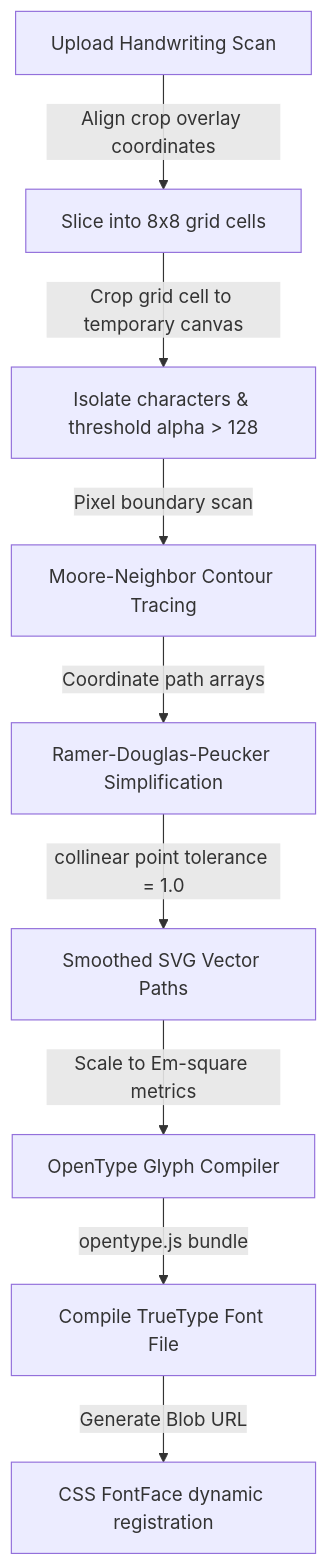
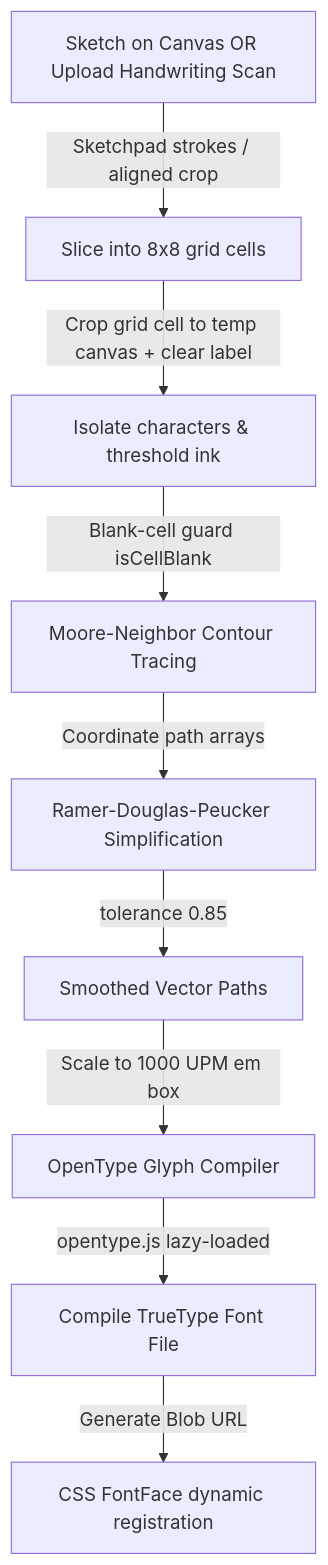
Before and after one commit to VIPHACKER100/Inkflow: the diagram in docs/custom-font-suite.md, drawn with Mermaid. The commit also changed other lines of this file and 18 other files, not shown here.

Commit message:
docs: add comprehensive project documentation covering architecture, configuration, and integration guides

````diff
--- a/docs/custom-font-suite.md
+++ b/docs/custom-font-suite.md
@@ -15,11 +19,11 @@
 ```mermaid
 flowchart TD
-    A[Upload Handwriting Scan] -->|Align crop overlay coordinates| B[Slice into 8x8 grid cells]
-    B -->|Crop grid cell to temporary canvas| C[Isolate characters & threshold alpha > 128]
-    C -->|Pixel boundary scan| D[Moore-Neighbor Contour Tracing]
+    A[Sketch on Canvas OR Upload Handwriting Scan] -->|Sketchpad strokes / aligned crop| B[Slice into 8x8 grid cells]
+    B -->|Crop grid cell to temp canvas + clear label| C[Isolate characters & threshold ink]
+    C -->|Blank-cell guard isCellBlank| D[Moore-Neighbor Contour Tracing]
     D -->|Coordinate path arrays| E[Ramer-Douglas-Peucker Simplification]
-    E -->|collinear point tolerance = 1.0| F[Smoothed SVG Vector Paths]
-    F -->|Scale to Em-square metrics| G[OpenType Glyph Compiler]
-    G -->|opentype.js bundle| H[Compile TrueType Font File]
+    E -->|tolerance 0.85| F[Smoothed Vector Paths]
+    F -->|Scale to 1000 UPM em box| G[OpenType Glyph Compiler]
+    G -->|opentype.js lazy-loaded| H[Compile TrueType Font File]
     H -->|Generate Blob URL| I[CSS FontFace dynamic registration]
 ```
````
